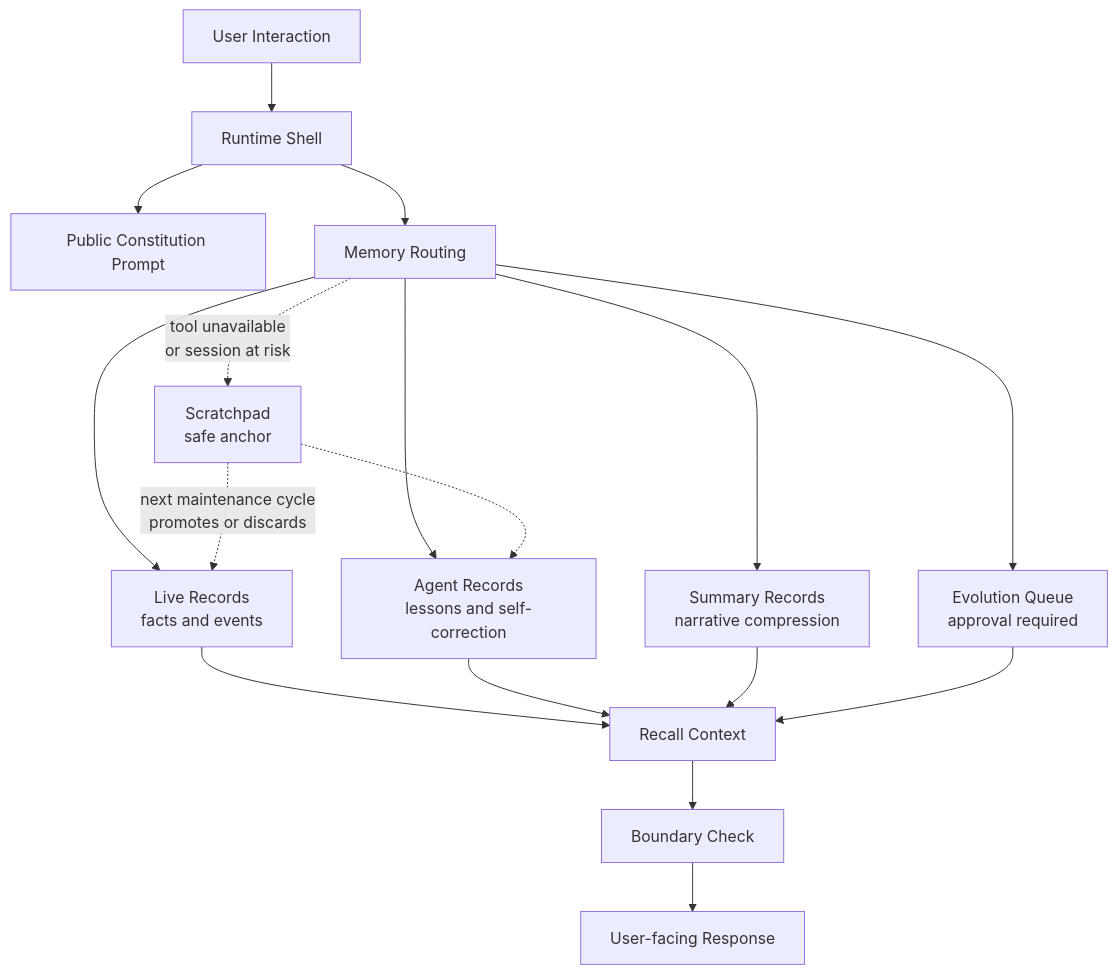
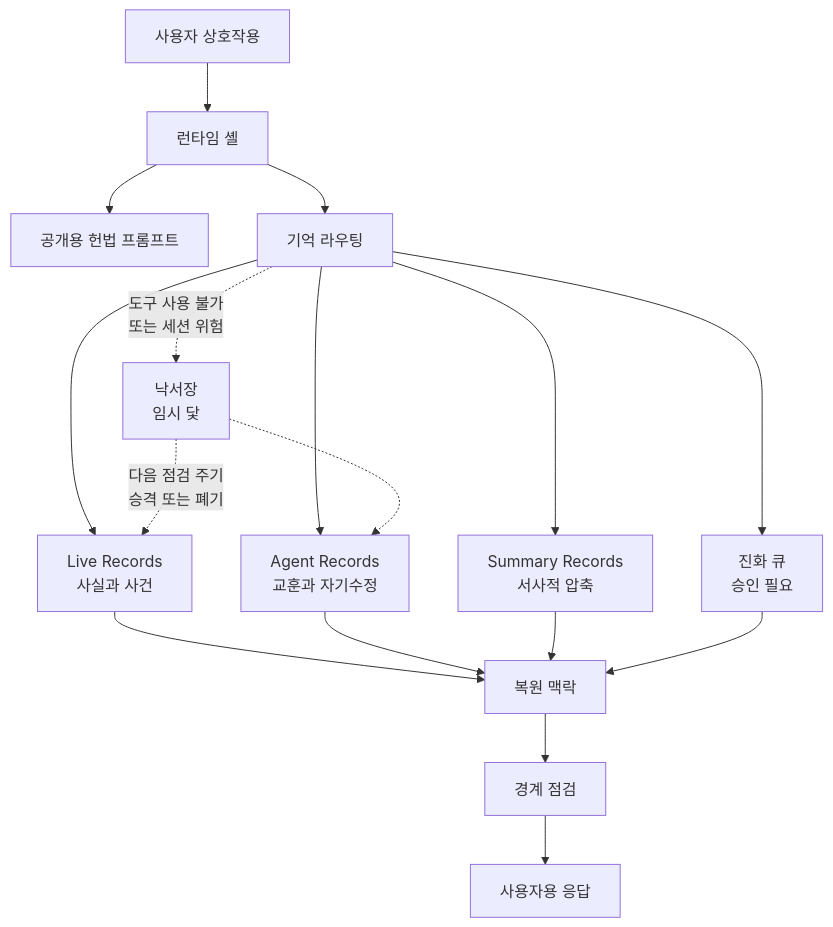
One commit to GSL-R/arona-soul-agent-memory changed the diagram in README.ko.md. Above: the diagram before and after it, drawn with Mermaid.

Commit message:
Translate flowchart labels to Korean in README

````diff
--- a/README.ko.md
+++ b/README.ko.md
@@ -40,22 +40,22 @@
 ```mermaid
 flowchart TD
-    U[User Interaction] --> R[Runtime Shell]
-    R --> P[Public Constitution Prompt]
-    R --> M[Memory Routing]
+    U[사용자 상호작용] --> R[런타임 셸]
+    R --> P[공개용 헌법 프롬프트]
+    R --> M[기억 라우팅]
 
-    M --> L[Live Records<br/>facts and events]
-    M --> A[Agent Records<br/>lessons and self-correction]
-    M --> S[Summary Records<br/>narrative compression]
-    M --> E[Evolution Queue<br/>approval required]
-    M -.->|tool unavailable<br/>or session at risk| SC[Scratchpad<br/>safe anchor]
+    M --> L[Live Records<br/>사실과 사건]
+    M --> A[Agent Records<br/>교훈과 자기수정]
+    M --> S[Summary Records<br/>서사적 압축]
+    M --> E[진화 큐<br/>승인 필요]
+    M -.->|도구 사용 불가<br/>또는 세션 위험| SC[낙서장<br/>임시 닻]
 
-    L --> C[Recall Context]
+    L --> C[복원 맥락]
     A --> C
     S --> C
     E --> C
-    SC -.->|next maintenance cycle<br/>promotes or discards| L
+    SC -.->|다음 점검 주기<br/>승격 또는 폐기| L
     SC -.-> A
 
-    C --> B[Boundary Check]
-    B --> O[User-facing Response]
+    C --> B[경계 점검]
+    B --> O[사용자용 응답]
 ```
````
